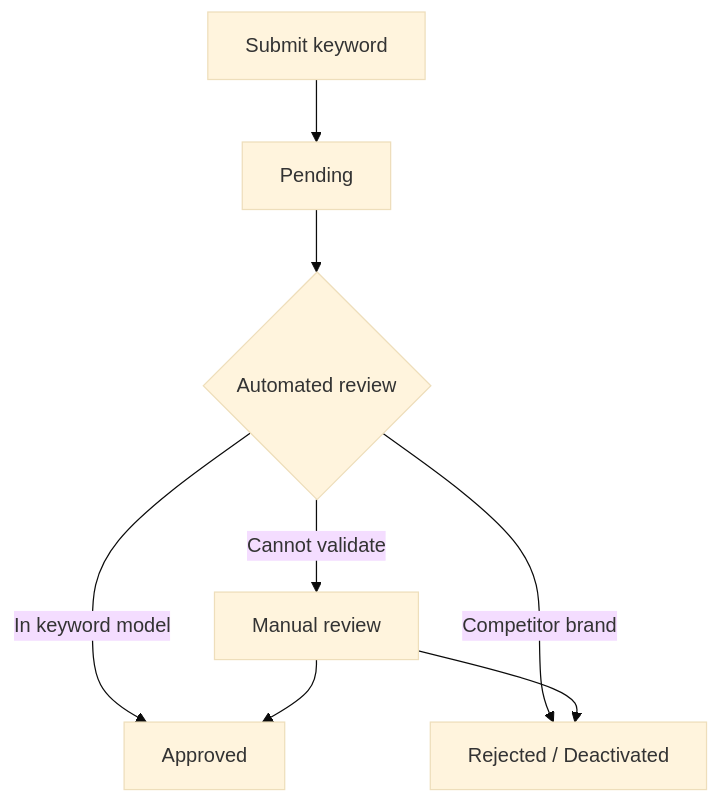
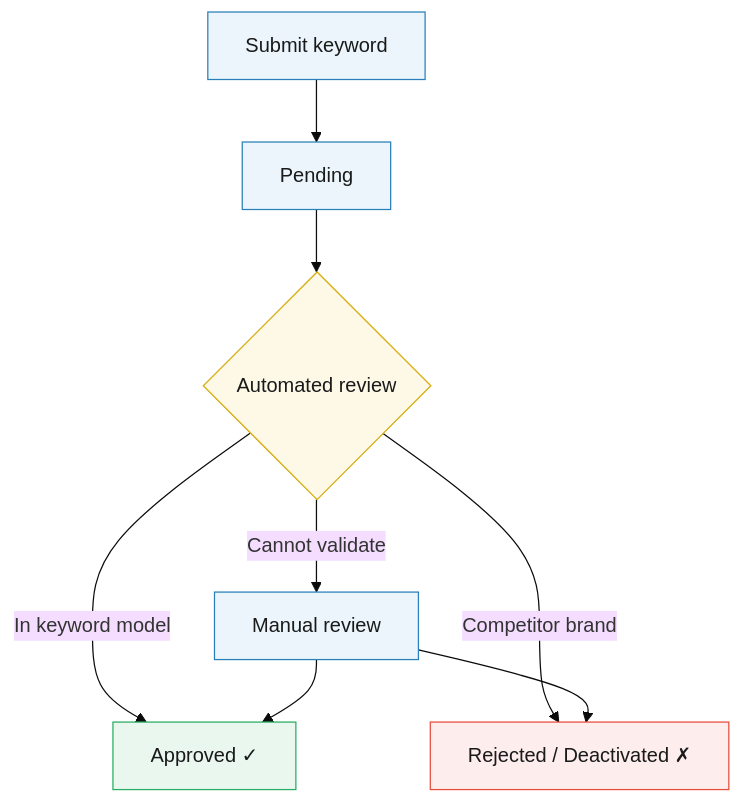
The diagram in retail-media/docs/onsite-sponsored-products.mdx (criteo/public-api-doc), drawn with Mermaid (base theme) before and after one commit. The commit also changed 4 other files, not shown here.

First line of the commit message:
polish Mermaid diagrams across all concept pages

````diff
--- a/retail-media/docs/onsite-sponsored-products.mdx
+++ b/retail-media/docs/onsite-sponsored-products.mdx
@@ -51,10 +51,20 @@
 ```mermaid
 flowchart TD
     Submit["Submit keyword"] --> Pending["Pending"]
     Pending --> Auto{"Automated review"}
-    Auto -->|"In keyword model"| Approved["Approved"]
-    Auto -->|"Competitor brand"| Rejected["Rejected / Deactivated"]
+    Auto -->|"In keyword model"| Approved["Approved ✓"]
+    Auto -->|"Competitor brand"| Rejected["Rejected / Deactivated ✗"]
     Auto -->|"Cannot validate"| Manual["Manual review"]
     Manual --> Approved
     Manual --> Rejected
+
+    classDef process fill:#EBF5FB,stroke:#2980B9,color:#1a1a1a
+    classDef decision fill:#FEF9E7,stroke:#D4AC0D,color:#1a1a1a
+    classDef success fill:#E9F7EF,stroke:#27AE60,color:#1a1a1a
+    classDef failure fill:#FDEDEC,stroke:#E74C3C,color:#1a1a1a
+
+    class Submit,Pending,Manual process
+    class Auto decision
+    class Approved success
+    class Rejected failure
 ```
````
